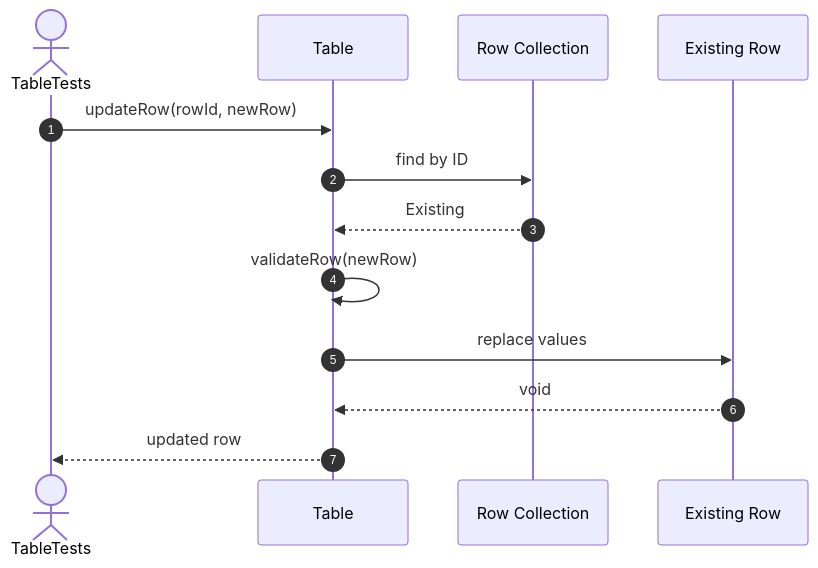
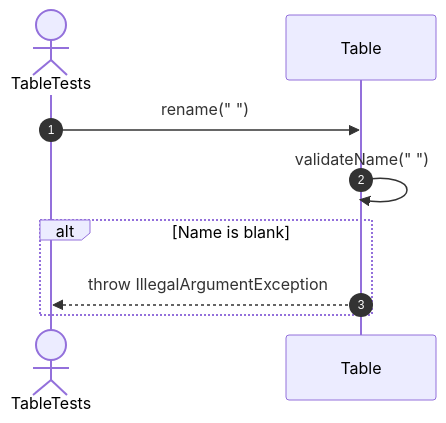
Diagram 12 of 53 in src/tests/unit/metadata/sequences/tables-testing.se.md (FhuAnn/-bbv-AN-s-DBMS), drawn with Mermaid before and after one commit. The commit also changed other lines of this file and 7 other files, not shown here.

Commit message:
table and row run test successfully

````diff
--- a/src/tests/unit/metadata/sequences/tables-testing.se.md
+++ b/src/tests/unit/metadata/sequences/tables-testing.se.md
@@ -213,16 +199,12 @@
 ```mermaid
 sequenceDiagram
     autonumber
     actor Test as TableTests
     participant Table as Table
-    participant Rows as Row Collection
-    participant Existing as Existing Row
 
-    Test->>Table: updateRow(rowId, newRow)
-    Table->>Rows: find by ID
-    Rows-->>Table: Existing
-    Table->>Table: validateRow(newRow)
-    Table->>Existing: replace values
-    Existing-->>Table: void
-    Table-->>Test: updated row
+    Test->>Table: rename("   ")
+    Table->>Table: validateName("   ")
+    alt Name is blank
+    Table-->>Test: throw IllegalArgumentException
+    end
 ```
````
